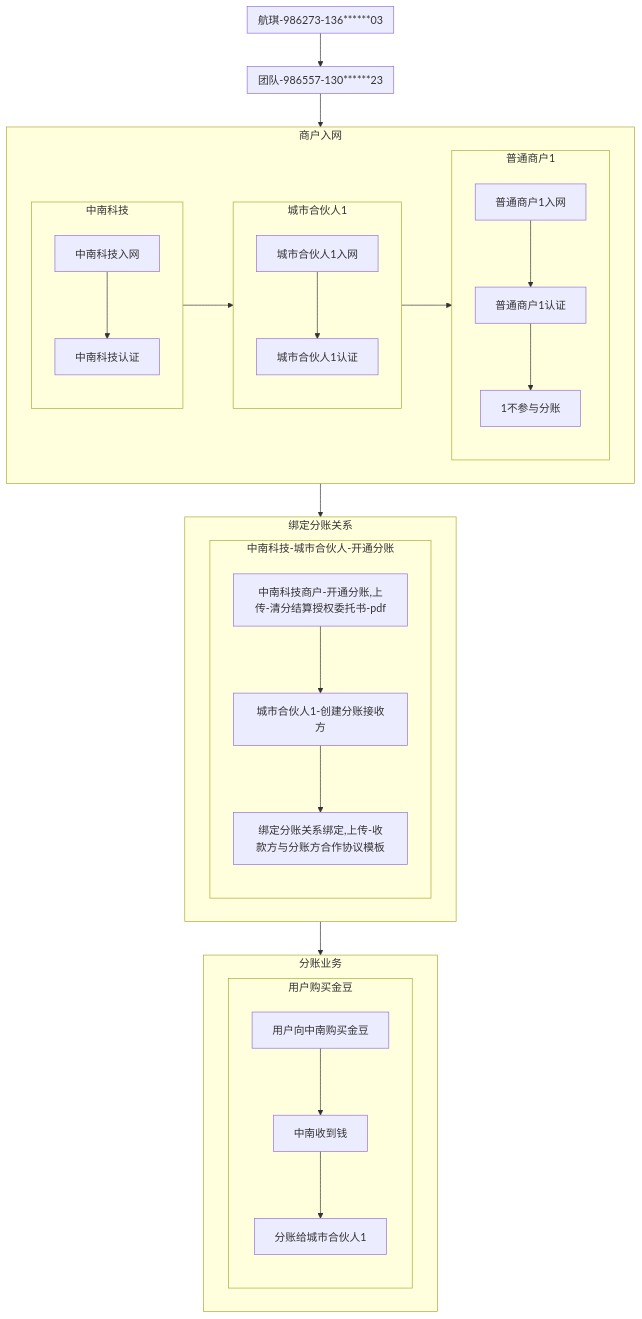
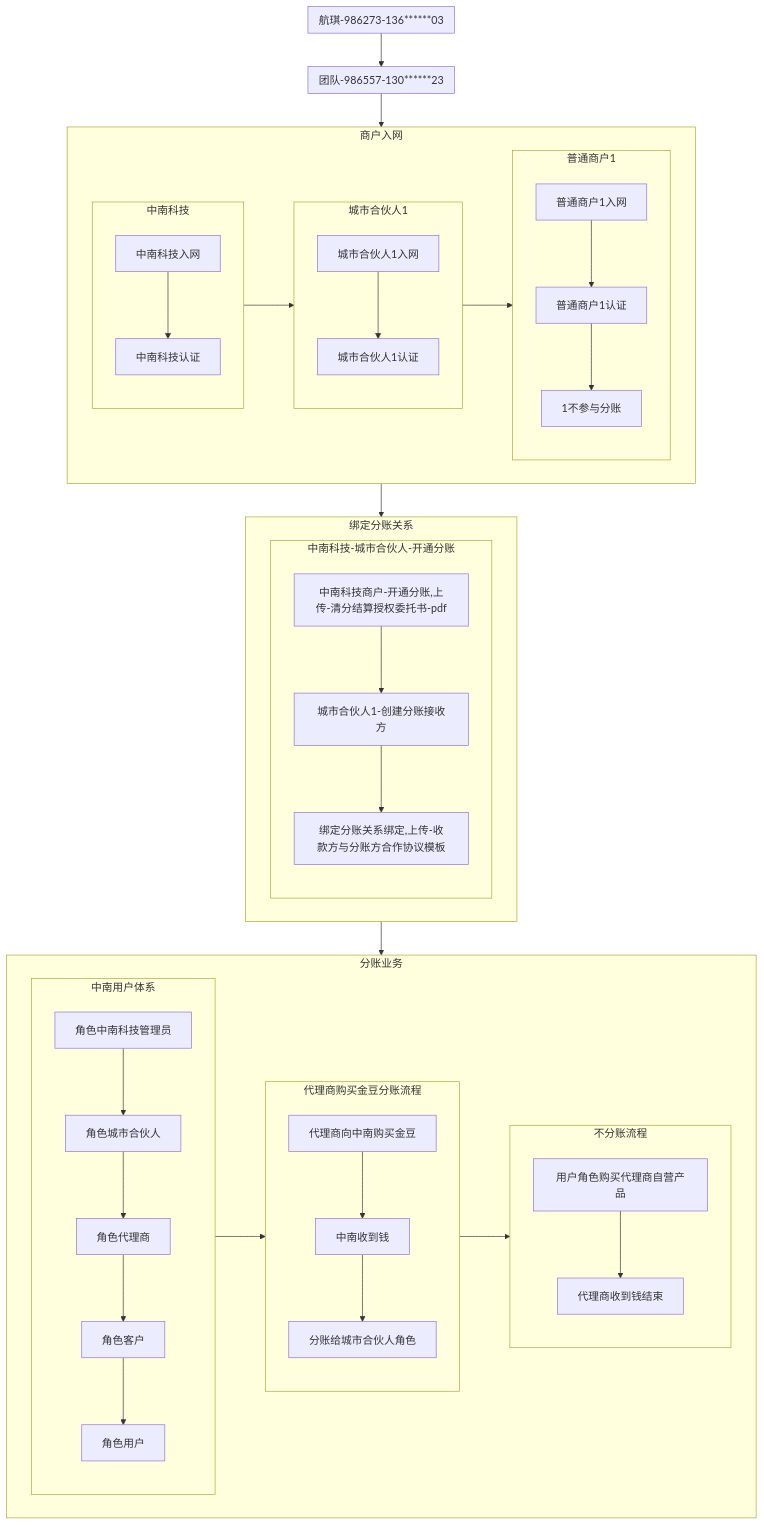
The diagram in doc_java_project_znkj/32. 拉卡拉/流程图/整体流程.md (everforcc/DocJava), drawn with Mermaid before and after one commit. The commit also changed other lines of this file and 7 other files, not shown here.

````diff
--- a/doc_java_project_znkj/32. 拉卡拉/流程图/整体流程.md
+++ b/doc_java_project_znkj/32. 拉卡拉/流程图/整体流程.md
@@ -3,38 +3,47 @@
 ```mermaid
   flowchart TB
     subgraph 航琪-986273-136******03
     end
     subgraph 团队-986557-130******23
     end
     subgraph 商户入网
         direction LR
         subgraph 普通商户1
             direction TB
             普通商户1入网 --> 普通商户1认证 --> 1不参与分账
         end
         subgraph 中南科技
             direction TB
             中南科技入网 --> 中南科技认证
         end
         subgraph 城市合伙人1
             direction TB
             城市合伙人1入网 --> 城市合伙人1认证
         end
         中南科技 --> 城市合伙人1 --> 普通商户1
     end
     subgraph 绑定分账关系
         direction LR
         subgraph 中南科技-城市合伙人-开通分账
             direction TB
             中南科技商户-开通分账,上传-清分结算授权委托书-pdf --> 城市合伙人1-创建分账接收方 --> 绑定分账关系绑定,上传-收款方与分账方合作协议模板
         end
     end
     subgraph 分账业务
         direction LR
-        subgraph 用户购买金豆
+        subgraph 中南用户体系
             direction TB
-            用户向中南购买金豆 --> 中南收到钱 --> 分账给城市合伙人1
+            角色中南科技管理员 --> 角色城市合伙人 --> 角色代理商 --> 角色客户 --> 角色用户
         end
+        subgraph 代理商购买金豆分账流程
+            direction TB
+            代理商向中南购买金豆 --> 中南收到钱 --> 分账给城市合伙人角色
+        end
+        subgraph 不分账流程
+            direction TB
+            用户角色购买代理商自营产品 --> 代理商收到钱结束
+        end
+        中南用户体系 --> 代理商购买金豆分账流程 --> 不分账流程
     end
     航琪-986273-136******03 --> 团队-986557-130******23 --> 商户入网 --> 绑定分账关系 --> 分账业务
 ```
````
